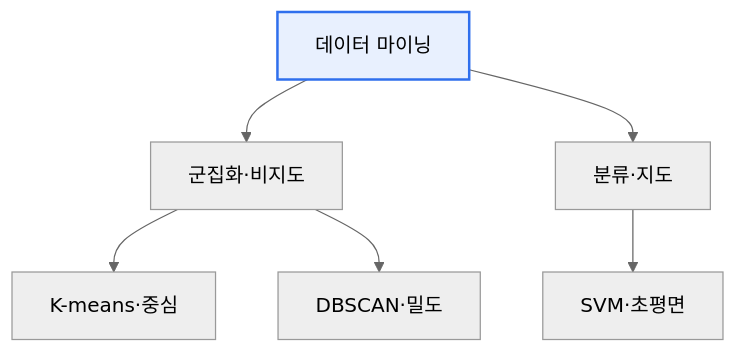
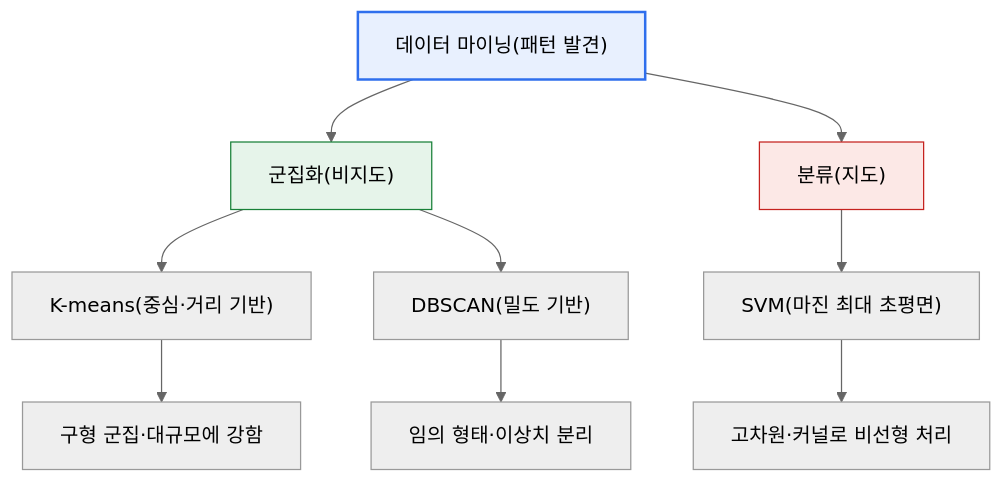
One commit to coninggu/wjdqhrhksflrltnftk changed the first of 2 diagrams in content/data-mining-clustering.md. Above: the diagram before and after it, drawn with Mermaid (neutral theme). The commit also changed other lines of this file and 3 other files, not shown here.

First line of the commit message:
Deepen 데이터 마이닝: K-means·DBSCAN·SVM, 데이터베이스 병행 제어(Concurrency Control) (auto)

````diff
--- a/content/data-mining-clustering.md
+++ b/content/data-mining-clustering.md
@@ -38,9 +66,14 @@
 ```mermaid
 flowchart TB
-  D[데이터 마이닝] --> C[군집화·비지도]
-  D --> CL[분류·지도]
-  C --> K[K-means·중심]
-  C --> DB[DBSCAN·밀도]
-  CL --> S[SVM·초평면]
+  D["데이터 마이닝(패턴 발견)"] --> C["군집화(비지도)"]
+  D --> CL["분류(지도)"]
+  C --> K["K-means(중심·거리 기반)"]
+  C --> DB["DBSCAN(밀도 기반)"]
+  CL --> S["SVM(마진 최대 초평면)"]
+  K --> K1["구형 군집·대규모에 강함"]
+  DB --> D1["임의 형태·이상치 분리"]
+  S --> S1["고차원·커널로 비선형 처리"]
   style D fill:#e8f0fe,stroke:#2f6fed,stroke-width:2px
+  style C fill:#e6f4ea,stroke:#188038,stroke-width:1px
+  style CL fill:#fce8e6,stroke:#c5221f,stroke-width:1px
 ```
````
